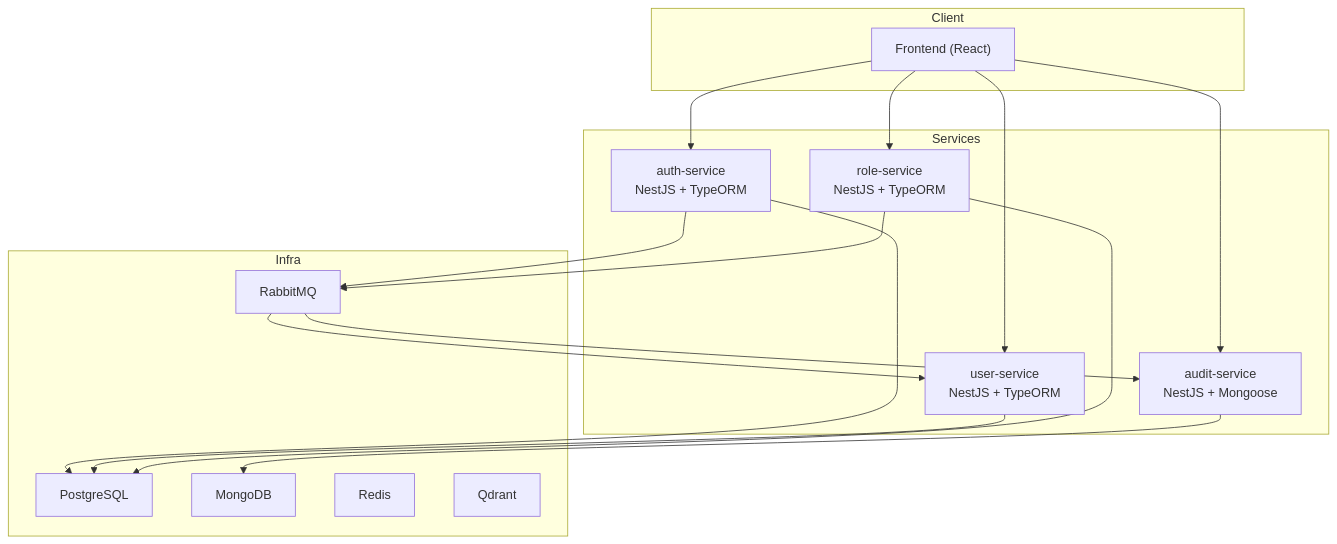
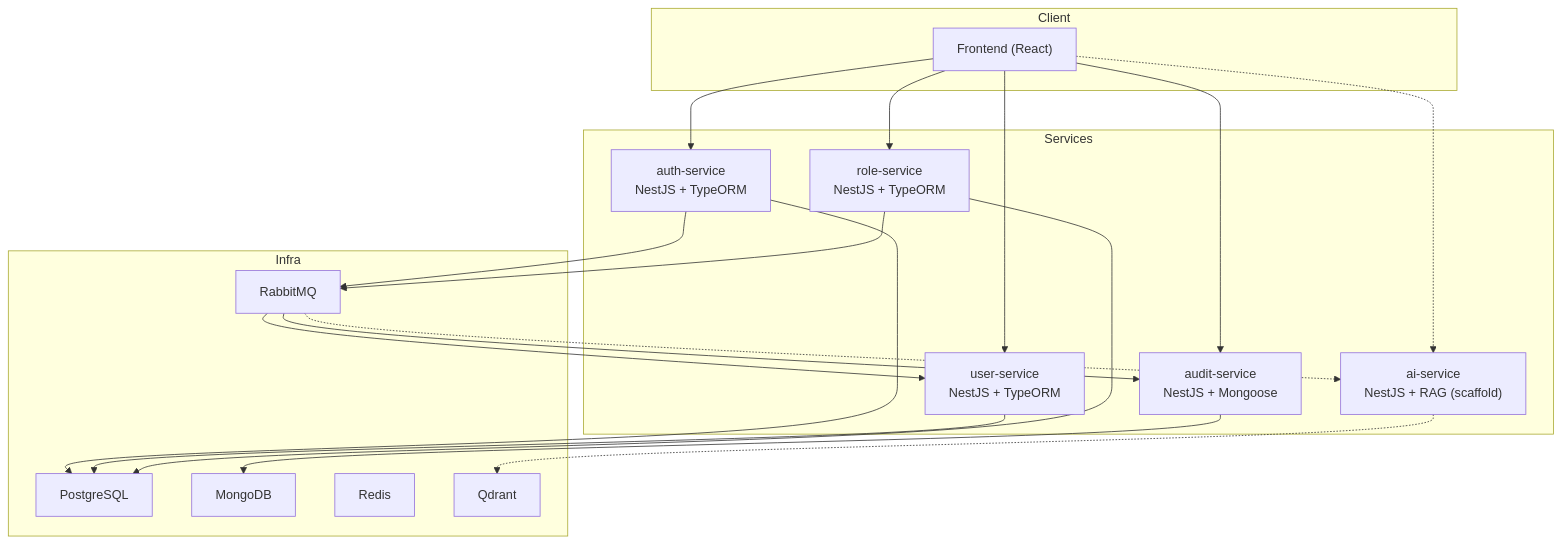
Before and after one commit to eduardo343/toka-technical-test-: the diagram in docs/ARCHITECTURE.md, drawn with Mermaid. The commit also changed other lines of this file and 5 other files, not shown here.

````diff
--- a/docs/ARCHITECTURE.md
+++ b/docs/ARCHITECTURE.md
@@ -15,36 +16,40 @@
 ```mermaid
 flowchart TD
   subgraph Client
     FE["Frontend (React)"]
   end
 
   subgraph Services
     AUTH["auth-service\nNestJS + TypeORM"]
     USER["user-service\nNestJS + TypeORM"]
     ROLE["role-service\nNestJS + TypeORM"]
     AUDIT["audit-service\nNestJS + Mongoose"]
+    AI["ai-service\nNestJS + RAG (scaffold)"]
   end
 
   subgraph Infra
     PG["PostgreSQL"]
     MG["MongoDB"]
     RMQ["RabbitMQ"]
     REDIS["Redis"]
     QDRANT["Qdrant"]
   end
 
   FE --> AUTH
   FE --> USER
   FE --> ROLE
   FE --> AUDIT
+  FE -.-> AI
 
   AUTH --> PG
   USER --> PG
   ROLE --> PG
   AUDIT --> MG
+  AI -.-> QDRANT
 
   AUTH --> RMQ
   ROLE --> RMQ
   RMQ --> USER
   RMQ --> AUDIT
+  RMQ -.-> AI
 ```
````
